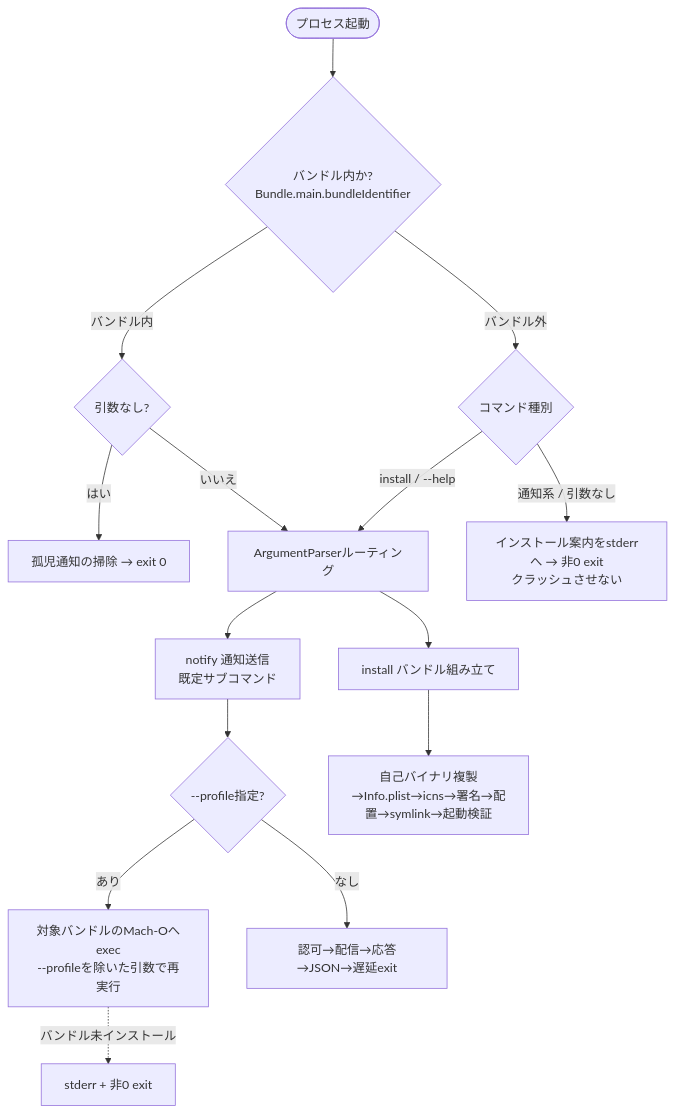
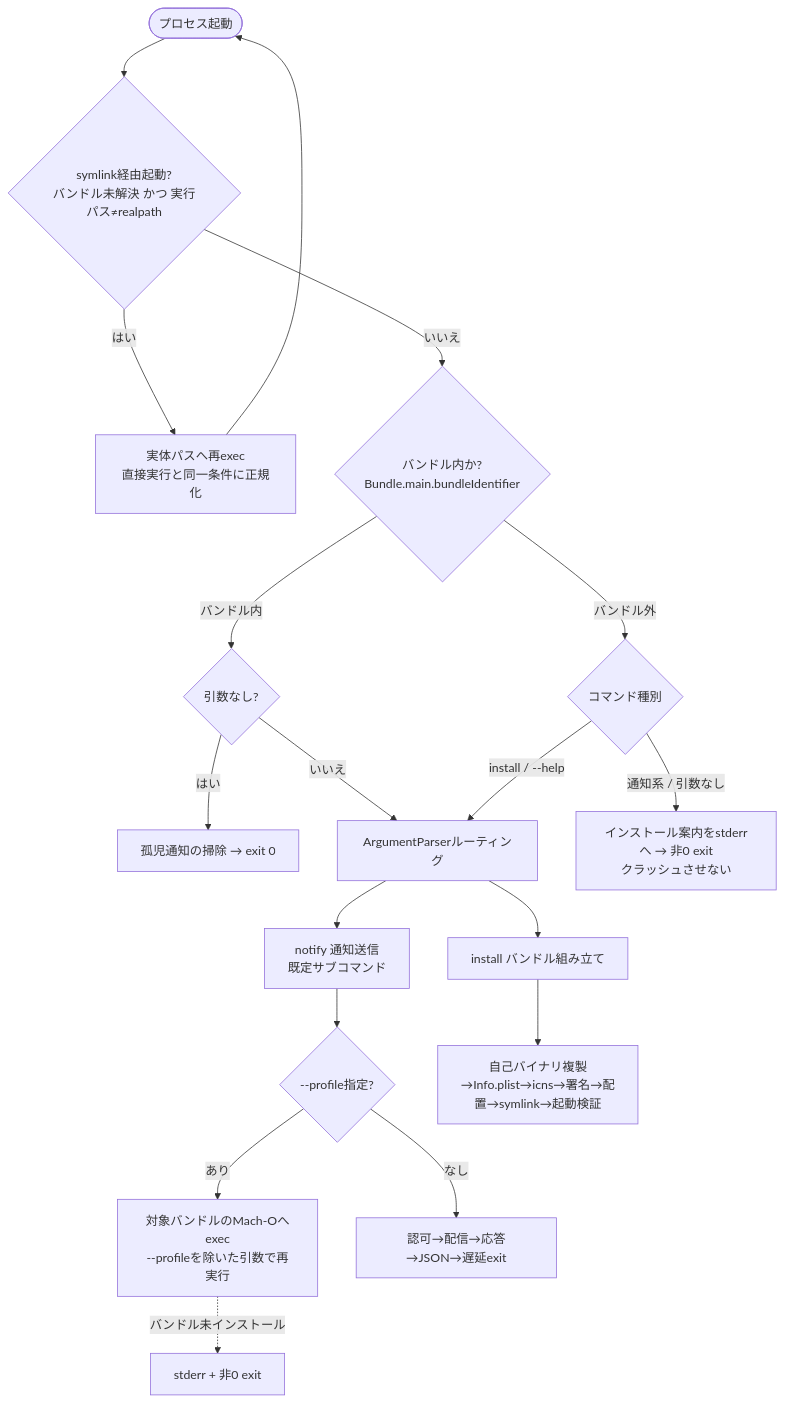
The third of 3 diagrams in .kiro/specs/yobirin-cli/design.md (mjun0812/yobirin), drawn with Mermaid before and after one commit. The commit also changed other lines of this file and 4 other files, not shown here.

````diff
--- a/.kiro/specs/yobirin-cli/design.md
+++ b/.kiro/specs/yobirin-cli/design.md
@@ -179,17 +180,20 @@
 ```mermaid
 flowchart TD
-    start([プロセス起動]) --> inBundle{バンドル内か?<br>Bundle.main.bundleIdentifier}
+    start([プロセス起動]) --> relink{symlink経由起動?<br>バンドル未解決 かつ 実行パス≠realpath}
+    relink -->|はい| reexec[実体パスへ再exec<br>直接実行と同一条件に正規化]
+    reexec --> start
+    relink -->|いいえ| inBundle{バンドル内か?<br>Bundle.main.bundleIdentifier}
     inBundle -->|バンドル内| noargs{引数なし?}
     inBundle -->|バンドル外| outCmd{コマンド種別}
     noargs -->|はい| sweep[孤児通知の掃除 → exit 0]
     noargs -->|いいえ| route[ArgumentParserルーティング]
     outCmd -->|install / --help| route
     outCmd -->|通知系 / 引数なし| guide[インストール案内をstderrへ → 非0 exit<br>クラッシュさせない]
     route --> notify[notify 通知送信<br>既定サブコマンド]
     route --> install[install バンドル組み立て]
     notify --> prof{--profile指定?}
     prof -->|あり| exec[対象バンドルのMach-Oへexec<br>--profileを除いた引数で再実行]
     prof -->|なし| unflow[認可→配信→応答→JSON→遅延exit]
     exec -.->|バンドル未インストール| perr[stderr + 非0 exit]
     install --> asm[自己バイナリ複製→Info.plist→icns→署名→配置→symlink→起動検証]
 ```
````
